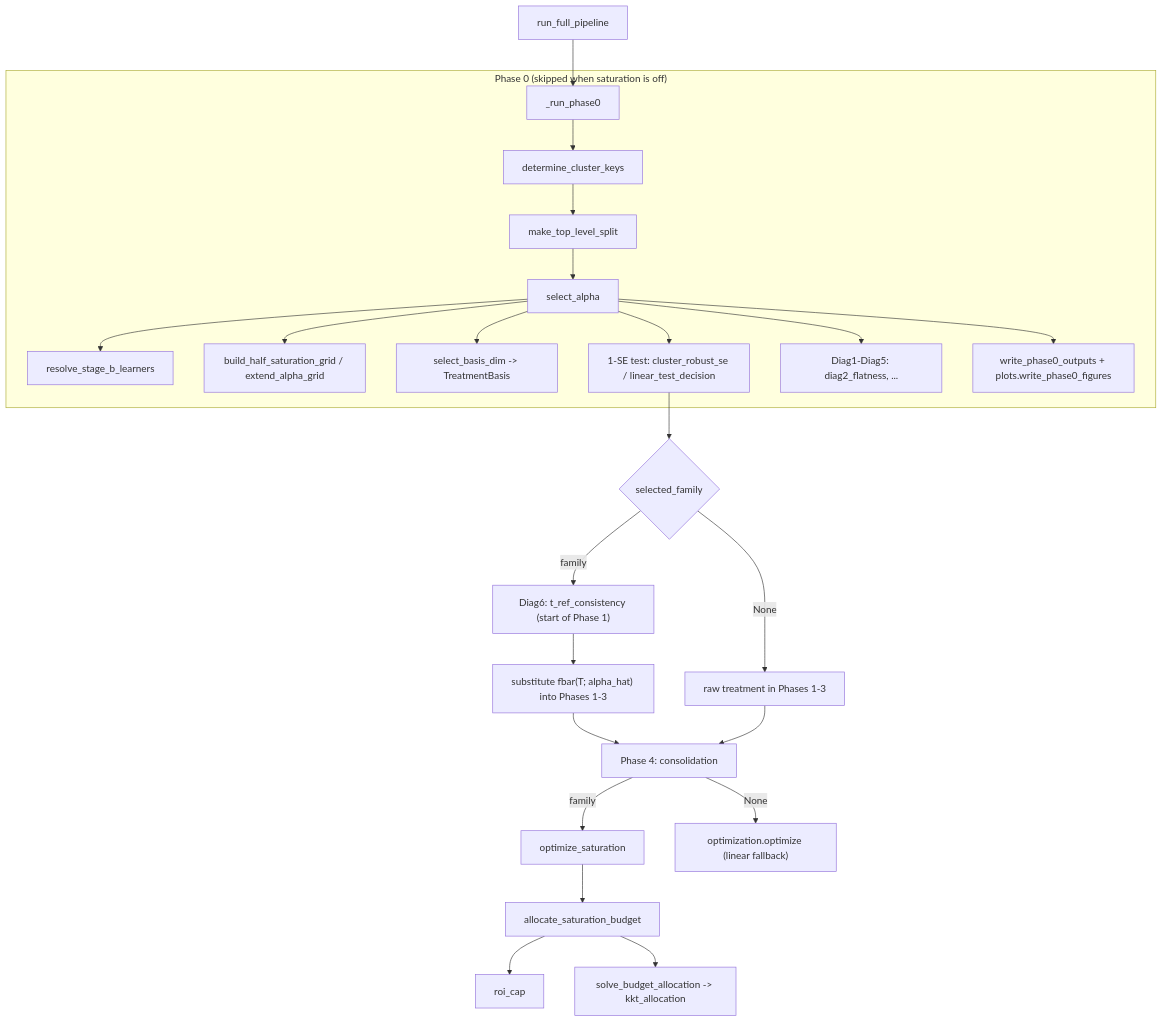
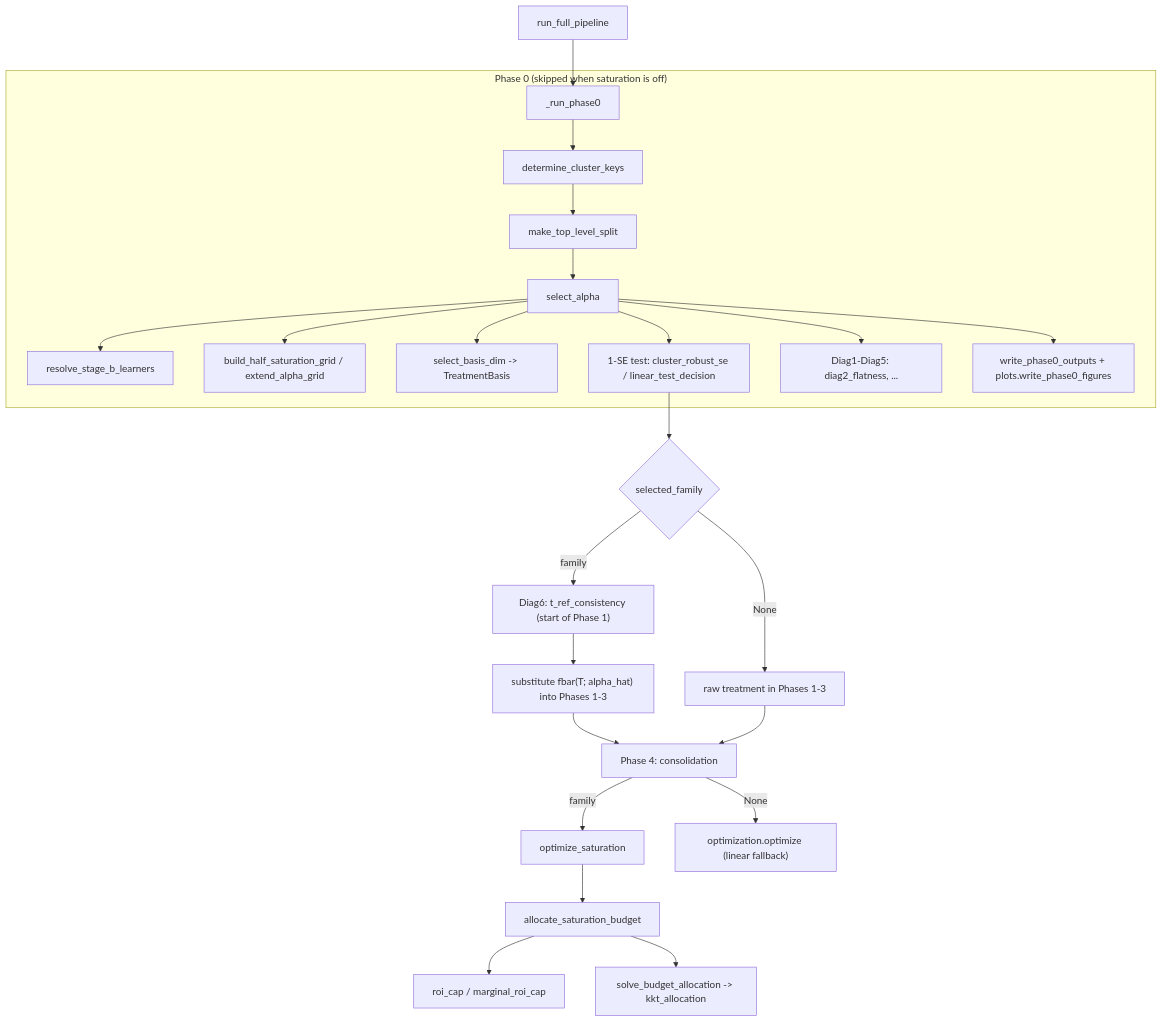
One commit to google/doubleml-pipeline changed the diagram in docs/api_reference.md. Above: the diagram before and after it, drawn with Mermaid. The commit also changed other lines of this file and 13 other files, not shown here.

````diff
--- a/docs/api_reference.md
+++ b/docs/api_reference.md
@@ -2473,26 +2476,26 @@
 ```mermaid
 flowchart TD
     A["run_full_pipeline"] --> B["_run_phase0"]
     subgraph Phase0["Phase 0 (skipped when saturation is off)"]
       B --> C["determine_cluster_keys"]
       C --> D["make_top_level_split"]
       D --> E["select_alpha"]
       E --> E1["resolve_stage_b_learners"]
       E --> E2["build_half_saturation_grid / extend_alpha_grid"]
       E --> E3["select_basis_dim -> TreatmentBasis"]
       E --> E4["1-SE test: cluster_robust_se / linear_test_decision"]
       E --> E5["Diag1-Diag5: diag2_flatness, ..."]
       E --> W["write_phase0_outputs + plots.write_phase0_figures"]
     end
     E4 --> G{"selected_family"}
     G -- "family" --> D6["Diag6: t_ref_consistency (start of Phase 1)"]
     D6 --> H["substitute fbar(T; alpha_hat) into Phases 1-3"]
     G -- "None" --> H0["raw treatment in Phases 1-3"]
     H --> I["Phase 4: consolidation"]
     H0 --> I
     I -- "family" --> J["optimize_saturation"]
     I -- "None" --> J0["optimization.optimize (linear fallback)"]
     J --> K["allocate_saturation_budget"]
-    K --> K1["roi_cap"]
+    K --> K1["roi_cap / marginal_roi_cap"]
     K --> K2["solve_budget_allocation -> kkt_allocation"]
 ```
````
